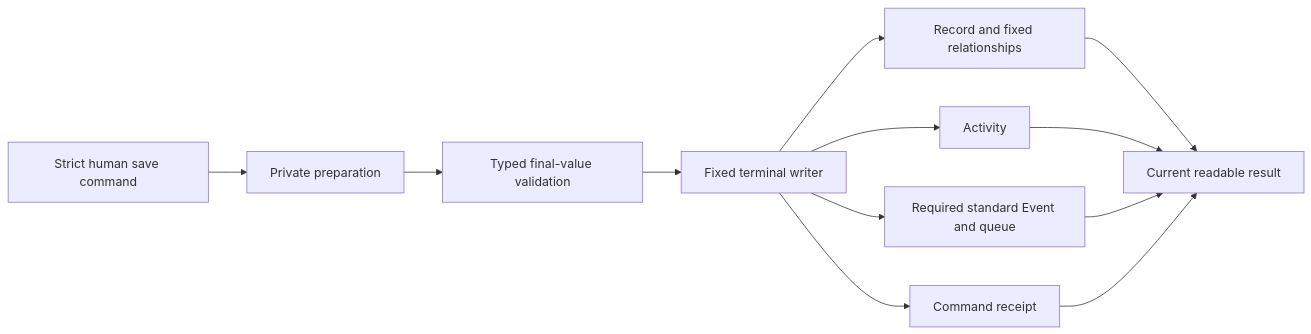
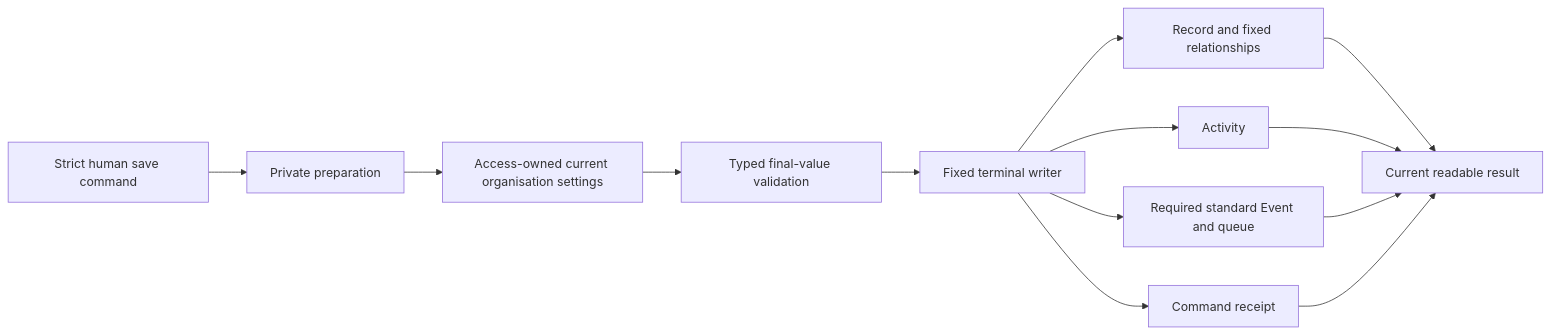
One commit to Abzum-NZ/Abzum-Vortex changed the diagram in docs/build-plan/issue-47-save-command.md. Above: the diagram before and after it, drawn with Mermaid. The commit also changed other lines of this file and 2 other files, not shown here.

Commit message:
test(record): prove runtime settings save behavior

````diff
--- a/docs/build-plan/issue-47-save-command.md
+++ b/docs/build-plan/issue-47-save-command.md
@@ -31,14 +31,15 @@
 ```mermaid
 flowchart LR
     C[Strict human save command] --> P[Private preparation]
-    P --> V[Typed final-value validation]
+    P --> S[Access-owned current organisation settings]
+    S --> V[Typed final-value validation]
     V --> W[Fixed terminal writer]
     W --> R[Record and fixed relationships]
     W --> A[Activity]
     W --> E[Required standard Event and queue]
     W --> D[Command receipt]
     R --> O[Current readable result]
     A --> O
     E --> O
     D --> O
 ```
````
